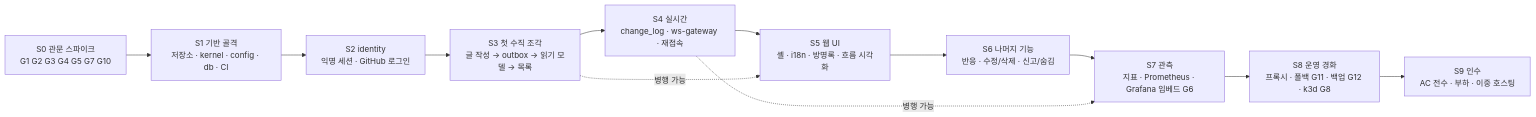
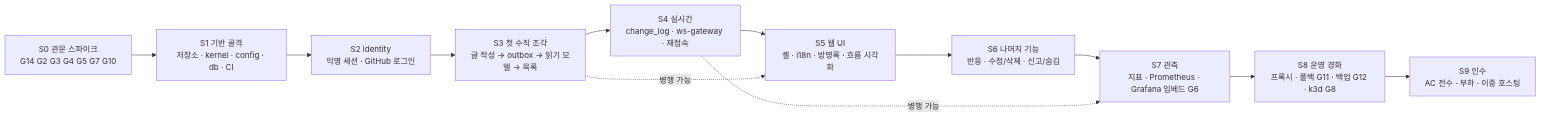
One commit to 1985jwlee/portpolio_backend changed the first of 3 diagrams in docs/design/11-implementation-plan.md. Above: the diagram before and after it, drawn with Mermaid. The commit also changed other lines of this file and 50 other files, not shown here.

````diff
--- a/docs/design/11-implementation-plan.md
+++ b/docs/design/11-implementation-plan.md
@@ -21,16 +21,16 @@
 ```mermaid
 flowchart LR
-    S0["S0 관문 스파이크<br/>G1 G2 G3 G4 G5 G7 G10"]
+    S0["S0 관문 스파이크<br/>G14 G2 G3 G4 G5 G7 G10"]
     S1["S1 기반 골격<br/>저장소 · kernel · config · db · CI"]
     S2["S2 identity<br/>익명 세션 · GitHub 로그인"]
     S3["S3 첫 수직 조각<br/>글 작성 → outbox → 읽기 모델 → 목록"]
     S4["S4 실시간<br/>change_log · ws-gateway · 재접속"]
     S5["S5 웹 UI<br/>셸 · i18n · 방명록 · 흐름 시각화"]
     S6["S6 나머지 기능<br/>반응 · 수정/삭제 · 신고/숨김"]
     S7["S7 관측<br/>지표 · Prometheus · Grafana 임베드 G6"]
     S8["S8 운영 경화<br/>프록시 · 폴백 G11 · 백업 G12 · k3d G8"]
     S9["S9 인수<br/>AC 전수 · 부하 · 이중 호스팅"]
     S0 --> S1 --> S2 --> S3 --> S4 --> S5 --> S6 --> S7 --> S8 --> S9
     S3 -.->|"병행 가능"| S5
     S4 -.->|"병행 가능"| S7
 ```
````
